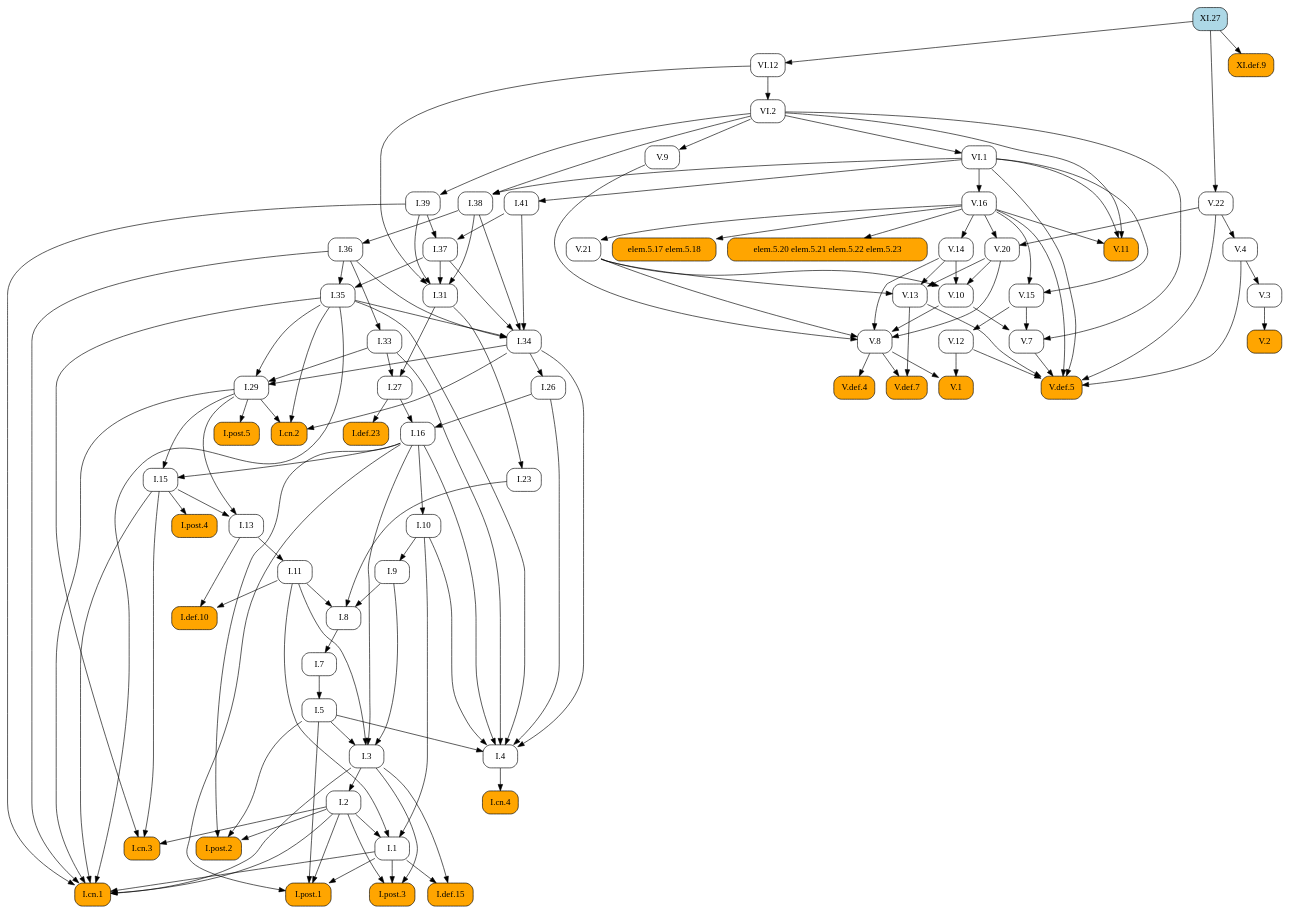
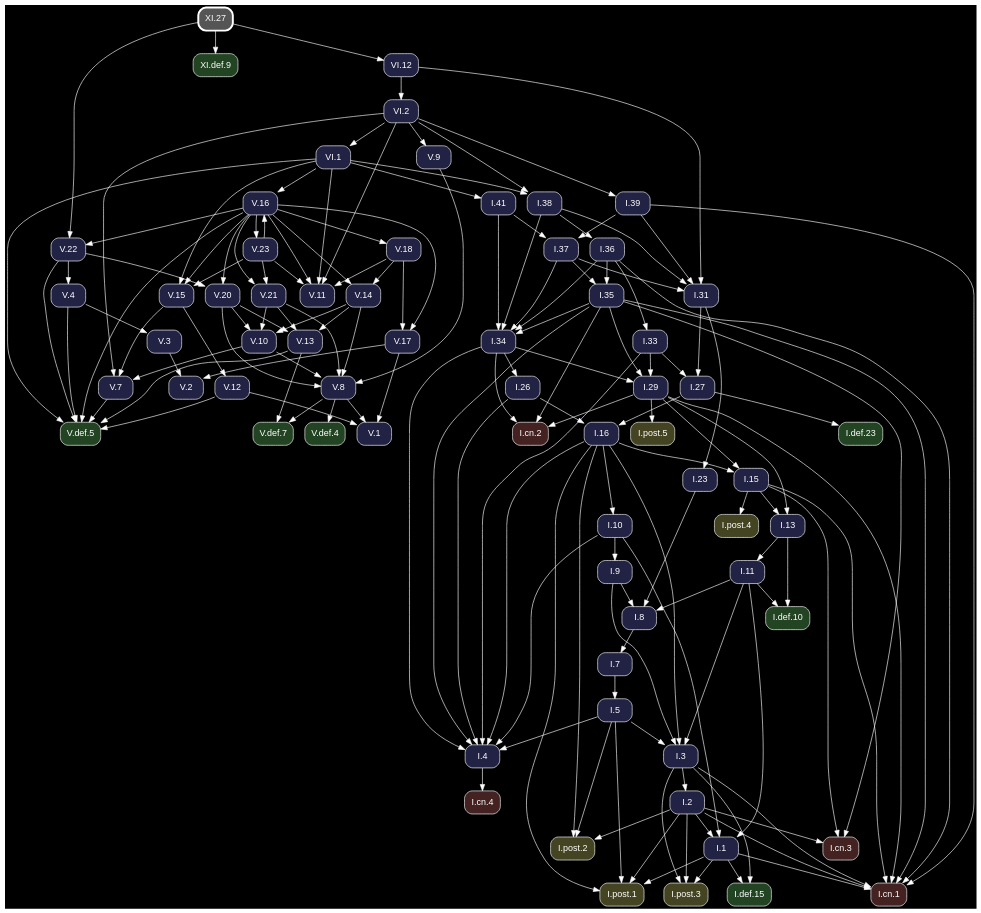
One commit to geometor/elements changed the diagram in docsrc/heath/XI/27/index.rst. Above: the diagram before and after it, drawn with Graphviz. The commit also changed other lines of this file and 1200 other files, not shown here.

Commit message:
update dependency graphs

```diff
--- a/docsrc/heath/XI/27/index.rst
+++ b/docsrc/heath/XI/27/index.rst
@@ -40,171 +40,79 @@
 .. graphviz::
 
    digraph {
+     bgcolor="black";
+     node [shape=box, style="rounded,filled", fontname="Helvetica", color="white", fontcolor="white"];
+     edge [color="white", fontcolor="white"];
      rankdir="TB";
-     node [shape=box, style=rounded];
-     "I.23" [URL="/heath/I/23/", target="_top"];
-     "I.9" [URL="/heath/I/9/", target="_top"];
-     "XI.def.9" [style="rounded,filled", fillcolor=orange, URL="/heath/XI/def.9/", target="_top"];
-     "I.def.15" [style="rounded,filled", fillcolor=orange, URL="/heath/I/def.15/", target="_top"];
-     "V.13" [URL="/heath/V/13/", target="_top"];
-     "V.7" [URL="/heath/V/7/", target="_top"];
-     "elem.5.17 elem.5.18" [style="rounded,filled", fillcolor=orange];
-     "I.post.1" [style="rounded,filled", fillcolor=orange, URL="/heath/I/post.1/", target="_top"];
-     "V.14" [URL="/heath/V/14/", target="_top"];
-     "V.9" [URL="/heath/V/9/", target="_top"];
-     "I.31" [URL="/heath/I/31/", target="_top"];
-     "V.10" [URL="/heath/V/10/", target="_top"];
-     "I.def.10" [style="rounded,filled", fillcolor=orange, URL="/heath/I/def.10/", target="_top"];
-     "XI.27" [style="rounded,filled", fillcolor=lightblue, URL="/heath/XI/27/", target="_top"];
-     "V.4" [URL="/heath/V/4/", target="_top"];
-     "VI.1" [URL="/heath/VI/1/", target="_top"];
-     "I.39" [URL="/heath/I/39/", target="_top"];
-     "V.11" [style="rounded,filled", fillcolor=orange, URL="/heath/V/11/", target="_top"];
-     "I.34" [URL="/heath/I/34/", target="_top"];
-     "I.3" [URL="/heath/I/3/", target="_top"];
-     "V.def.4" [style="rounded,filled", fillcolor=orange, URL="/heath/V/def.4/", target="_top"];
-     "V.def.7" [style="rounded,filled", fillcolor=orange, URL="/heath/V/def.7/", target="_top"];
-     "V.21" [URL="/heath/V/21/", target="_top"];
-     "I.2" [URL="/heath/I/2/", target="_top"];
-     "V.3" [URL="/heath/V/3/", target="_top"];
-     "I.13" [URL="/heath/I/13/", target="_top"];
-     "I.post.4" [style="rounded,filled", fillcolor=orange, URL="/heath/I/post.4/", target="_top"];
-     "I.4" [URL="/heath/I/4/", target="_top"];
-     "I.1" [URL="/heath/I/1/", target="_top"];
-     "I.8" [URL="/heath/I/8/", target="_top"];
-     "I.29" [URL="/heath/I/29/", target="_top"];
-     "I.38" [URL="/heath/I/38/", target="_top"];
-     "V.8" [URL="/heath/V/8/", target="_top"];
-     "I.15" [URL="/heath/I/15/", target="_top"];
-     "I.10" [URL="/heath/I/10/", target="_top"];
-     "I.11" [URL="/heath/I/11/", target="_top"];
-     "I.def.23" [style="rounded,filled", fillcolor=orange, URL="/heath/I/def.23/", target="_top"];
-     "I.26" [URL="/heath/I/26/", target="_top"];
-     "V.16" [URL="/heath/V/16/", target="_top"];
-     "I.33" [URL="/heath/I/33/", target="_top"];
-     "I.post.3" [style="rounded,filled", fillcolor=orange, URL="/heath/I/post.3/", target="_top"];
-     "V.def.5" [style="rounded,filled", fillcolor=orange, URL="/heath/V/def.5/", target="_top"];
-     "V.20" [URL="/heath/V/20/", target="_top"];
-     "I.27" [URL="/heath/I/27/", target="_top"];
-     "V.12" [URL="/heath/V/12/", target="_top"];
-     "V.2" [style="rounded,filled", fillcolor=orange, URL="/heath/V/2/", target="_top"];
-     "I.cn.1" [style="rounded,filled", fillcolor=orange, URL="/heath/I/cn.1/", target="_top"];
-     "I.35" [URL="/heath/I/35/", target="_top"];
-     "I.7" [URL="/heath/I/7/", target="_top"];
-     "I.36" [URL="/heath/I/36/", target="_top"];
-     "I.5" [URL="/heath/I/5/", target="_top"];
-     "I.37" [URL="/heath/I/37/", target="_top"];
-     "I.cn.3" [style="rounded,filled", fillcolor=orange, URL="/heath/I/cn.3/", target="_top"];
-     "I.16" [URL="/heath/I/16/", target="_top"];
-     "V.22" [URL="/heath/V/22/", target="_top"];
-     "V.1" [style="rounded,filled", fillcolor=orange, URL="/heath/V/1/", target="_top"];
-     "VI.12" [URL="/heath/VI/12/", target="_top"];
-     "I.cn.2" [style="rounded,filled", fillcolor=orange, URL="/heath/I/cn.2/", target="_top"];
-     "I.post.5" [style="rounded,filled", fillcolor=orange, URL="/heath/I/post.5/", target="_top"];
-     "VI.2" [URL="/heath/VI/2/", target="_top"];
-     "I.cn.4" [style="rounded,filled", fillcolor=orange, URL="/heath/I/cn.4/", target="_top"];
-     "I.41" [URL="/heath/I/41/", target="_top"];
-     "V.15" [URL="/heath/V/15/", target="_top"];
-     "I.post.2" [style="rounded,filled", fillcolor=orange, URL="/heath/I/post.2/", target="_top"];
-     "elem.5.20 elem.5.21 elem.5.22 elem.5.23" [style="rounded,filled", fillcolor=orange];
-     "I.31" -> "I.23";
-     "I.10" -> "I.9";
-     "XI.27" -> "XI.def.9";
-     "I.1" -> "I.def.15";
-     "I.3" -> "I.def.15";
-     "V.14" -> "V.13";
-     "V.20" -> "V.13";
-     "V.21" -> "V.13";
-     "V.10" -> "V.7";
-     "V.15" -> "V.7";
-     "VI.2" -> "V.7";
-     "V.16" -> "elem.5.17 elem.5.18";
-     "I.1" -> "I.post.1";
-     "I.2" -> "I.post.1";
-     "I.5" -> "I.post.1";
-     "I.16" -> "I.post.1";
-     "V.16" -> "V.14";
-     "VI.2" -> "V.9";
-     "I.37" -> "I.31";
-     "I.38" -> "I.31";
-     "I.39" -> "I.31";
-     "VI.12" -> "I.31";
-     "V.14" -> "V.10";
-     "V.20" -> "V.10";
-     "V.21" -> "V.10";
-     "I.11" -> "I.def.10";
-     "I.13" -> "I.def.10";
-     "V.22" -> "V.4";
-     "VI.2" -> "VI.1";
-     "VI.2" -> "I.39";
-     "V.16" -> "V.11";
-     "VI.1" -> "V.11";
-     "VI.2" -> "V.11";
-     "I.35" -> "I.34";
-     "I.36" -> "I.34";
-     "I.37" -> "I.34";
-     "I.38" -> "I.34";
-     "I.41" -> "I.34";
-     "I.5" -> "I.3";
-     "I.9" -> "I.3";
-     "I.11" -> "I.3";
-     "I.16" -> "I.3";
-     "V.8" -> "V.def.4";
-     "V.8" -> "V.def.7";
-     "V.13" -> "V.def.7";
-     "V.16" -> "V.21";
-     "I.3" -> "I.2";
-     "V.4" -> "V.3";
-     "I.15" -> "I.13";
-     "I.29" -> "I.13";
-     "I.15" -> "I.post.4";
-     "I.5" -> "I.4";
-     "I.10" -> "I.4";
-     "I.16" -> "I.4";
-     "I.26" -> "I.4";
-     "I.33" -> "I.4";
-     "I.34" -> "I.4";
-     "I.35" -> "I.4";
-     "I.2" -> "I.1";
-     "I.10" -> "I.1";
-     "I.11" -> "I.1";
-     "I.9" -> "I.8";
-     "I.11" -> "I.8";
-     "I.23" -> "I.8";
-     "I.33" -> "I.29";
-     "I.34" -> "I.29";
-     "I.35" -> "I.29";
-     "VI.1" -> "I.38";
-     "VI.2" -> "I.38";
-     "V.9" -> "V.8";
-     "V.10" -> "V.8";
-     "V.14" -> "V.8";
-     "V.20" -> "V.8";
-     "V.21" -> "V.8";
-     "I.16" -> "I.15";
-     "I.29" -> "I.15";
-     "I.16" -> "I.10";
-     "I.13" -> "I.11";
-     "I.27" -> "I.def.23";
-     "I.34" -> "I.26";
-     "VI.1" -> "V.16";
-     "I.36" -> "I.33";
-     "I.1" -> "I.post.3";
-     "I.2" -> "I.post.3";
-     "I.3" -> "I.post.3";
-     "V.4" -> "V.def.5";
-     "V.7" -> "V.def.5";
-     "V.12" -> "V.def.5";
-     "V.13" -> "V.def.5";
-     "V.16" -> "V.def.5";
-     "V.22" -> "V.def.5";
-     "VI.1" -> "V.def.5";
-     "V.16" -> "V.20";
-     "V.22" -> "V.20";
-     "I.31" -> "I.27";
-     "I.33" -> "I.27";
-     "V.15" -> "V.12";
-     "V.3" -> "V.2";
+     "V.15" [fillcolor="#222244", URL="/heath/V/15/", target="_top"];
+     "I.cn.1" [fillcolor="#442222", URL="/heath/I/cn.1/", target="_top"];
+     "V.18" [fillcolor="#222244", URL="/heath/V/18/", target="_top"];
+     "V.14" [fillcolor="#222244", URL="/heath/V/14/", target="_top"];
+     "I.27" [fillcolor="#222244", URL="/heath/I/27/", target="_top"];
+     "V.23" [fillcolor="#222244", URL="/heath/V/23/", target="_top"];
+     "I.2" [fillcolor="#222244", URL="/heath/I/2/", target="_top"];
+     "I.41" [fillcolor="#222244", URL="/heath/I/41/", target="_top"];
+     "I.post.4" [fillcolor="#444422", URL="/heath/I/post.4/", target="_top"];
+     "I.26" [fillcolor="#222244", URL="/heath/I/26/", target="_top"];
+     "I.8" [fillcolor="#222244", URL="/heath/I/8/", target="_top"];
+     "V.4" [fillcolor="#222244", URL="/heath/V/4/", target="_top"];
+     "V.16" [fillcolor="#222244", URL="/heath/V/16/", target="_top"];
+     "VI.2" [fillcolor="#222244", URL="/heath/VI/2/", target="_top"];
+     "I.7" [fillcolor="#222244", URL="/heath/I/7/", target="_top"];
+     "I.5" [fillcolor="#222244", URL="/heath/I/5/", target="_top"];
+     "V.11" [fillcolor="#222244", URL="/heath/V/11/", target="_top"];
+     "V.def.4" [fillcolor="#224422", URL="/heath/V/def.4/", target="_top"];
+     "V.20" [fillcolor="#222244", URL="/heath/V/20/", target="_top"];
+     "XI.27" [penwidth=3, color="white", fillcolor="#555555", URL="/heath/XI/27/", target="_top"];
+     "I.11" [fillcolor="#222244", URL="/heath/I/11/", target="_top"];
+     "I.37" [fillcolor="#222244", URL="/heath/I/37/", target="_top"];
+     "I.cn.3" [fillcolor="#442222", URL="/heath/I/cn.3/", target="_top"];
+     "I.36" [fillcolor="#222244", URL="/heath/I/36/", target="_top"];
+     "I.38" [fillcolor="#222244", URL="/heath/I/38/", target="_top"];
+     "I.post.2" [fillcolor="#444422", URL="/heath/I/post.2/", target="_top"];
+     "I.def.23" [fillcolor="#224422", URL="/heath/I/def.23/", target="_top"];
+     "I.35" [fillcolor="#222244", URL="/heath/I/35/", target="_top"];
+     "I.post.3" [fillcolor="#444422", URL="/heath/I/post.3/", target="_top"];
+     "V.13" [fillcolor="#222244", URL="/heath/V/13/", target="_top"];
+     "V.8" [fillcolor="#222244", URL="/heath/V/8/", target="_top"];
+     "I.33" [fillcolor="#222244", URL="/heath/I/33/", target="_top"];
+     "V.10" [fillcolor="#222244", URL="/heath/V/10/", target="_top"];
+     "V.def.5" [fillcolor="#224422", URL="/heath/V/def.5/", target="_top"];
+     "V.22" [fillcolor="#222244", URL="/heath/V/22/", target="_top"];
+     "I.31" [fillcolor="#222244", URL="/heath/I/31/", target="_top"];
+     "I.3" [fillcolor="#222244", URL="/heath/I/3/", target="_top"];
+     "V.12" [fillcolor="#222244", URL="/heath/V/12/", target="_top"];
+     "I.def.10" [fillcolor="#224422", URL="/heath/I/def.10/", target="_top"];
+     "I.15" [fillcolor="#222244", URL="/heath/I/15/", target="_top"];
+     "I.39" [fillcolor="#222244", URL="/heath/I/39/", target="_top"];
+     "I.13" [fillcolor="#222244", URL="/heath/I/13/", target="_top"];
+     "I.cn.2" [fillcolor="#442222", URL="/heath/I/cn.2/", target="_top"];
+     "I.9" [fillcolor="#222244", URL="/heath/I/9/", target="_top"];
+     "I.1" [fillcolor="#222244", URL="/heath/I/1/", target="_top"];
+     "I.post.5" [fillcolor="#444422", URL="/heath/I/post.5/", target="_top"];
+     "XI.def.9" [fillcolor="#224422", URL="/heath/XI/def.9/", target="_top"];
+     "I.23" [fillcolor="#222244", URL="/heath/I/23/", target="_top"];
+     "I.4" [fillcolor="#222244", URL="/heath/I/4/", target="_top"];
+     "V.7" [fillcolor="#222244", URL="/heath/V/7/", target="_top"];
+     "VI.12" [fillcolor="#222244", URL="/heath/VI/12/", target="_top"];
+     "V.9" [fillcolor="#222244", URL="/heath/V/9/", target="_top"];
+     "VI.1" [fillcolor="#222244", URL="/heath/VI/1/", target="_top"];
+     "I.10" [fillcolor="#222244", URL="/heath/I/10/", target="_top"];
+     "V.def.7" [fillcolor="#224422", URL="/heath/V/def.7/", target="_top"];
+     "I.post.1" [fillcolor="#444422", URL="/heath/I/post.1/", target="_top"];
+     "I.16" [fillcolor="#222244", URL="/heath/I/16/", target="_top"];
+     "I.29" [fillcolor="#222244", URL="/heath/I/29/", target="_top"];
+     "I.cn.4" [fillcolor="#442222", URL="/heath/I/cn.4/", target="_top"];
+     "V.2" [fillcolor="#222244", URL="/heath/V/2/", target="_top"];
+     "V.1" [fillcolor="#222244", URL="/heath/V/1/", target="_top"];
+     "V.21" [fillcolor="#222244", URL="/heath/V/21/", target="_top"];
+     "I.34" [fillcolor="#222244", URL="/heath/I/34/", target="_top"];
+     "I.def.15" [fillcolor="#224422", URL="/heath/I/def.15/", target="_top"];
+     "V.3" [fillcolor="#222244", URL="/heath/V/3/", target="_top"];
+     "V.17" [fillcolor="#222244", URL="/heath/V/17/", target="_top"];
+     "V.16" -> "V.15";
+     "V.23" -> "V.15";
+     "VI.1" -> "V.15";
      "I.1" -> "I.cn.1";
      "I.2" -> "I.cn.1";
      "I.3" -> "I.cn.1";
@@ -213,33 +121,139 @@
      "I.35" -> "I.cn.1";
      "I.36" -> "I.cn.1";
      "I.39" -> "I.cn.1";
-     "I.36" -> "I.35";
-     "I.37" -> "I.35";
+     "V.16" -> "V.18";
+     "V.16" -> "V.14";
+     "V.18" -> "V.14";
+     "I.31" -> "I.27";
+     "I.33" -> "I.27";
+     "V.16" -> "V.23";
+     "I.3" -> "I.2";
+     "VI.1" -> "I.41";
+     "I.15" -> "I.post.4";
+     "I.34" -> "I.26";
+     "I.9" -> "I.8";
+     "I.11" -> "I.8";
+     "I.23" -> "I.8";
+     "V.22" -> "V.4";
+     "V.23" -> "V.16";
+     "VI.1" -> "V.16";
+     "VI.12" -> "VI.2";
      "I.8" -> "I.7";
-     "I.38" -> "I.36";
      "I.7" -> "I.5";
+     "V.16" -> "V.11";
+     "V.18" -> "V.11";
+     "V.23" -> "V.11";
+     "VI.1" -> "V.11";
+     "VI.2" -> "V.11";
+     "V.8" -> "V.def.4";
+     "V.16" -> "V.20";
+     "V.22" -> "V.20";
+     "I.13" -> "I.11";
      "I.39" -> "I.37";
      "I.41" -> "I.37";
      "I.2" -> "I.cn.3";
      "I.15" -> "I.cn.3";
      "I.35" -> "I.cn.3";
-     "I.26" -> "I.16";
-     "I.27" -> "I.16";
+     "I.38" -> "I.36";
+     "VI.1" -> "I.38";
+     "VI.2" -> "I.38";
+     "I.2" -> "I.post.2";
+     "I.5" -> "I.post.2";
+     "I.16" -> "I.post.2";
+     "I.27" -> "I.def.23";
+     "I.36" -> "I.35";
+     "I.37" -> "I.35";
+     "I.1" -> "I.post.3";
+     "I.2" -> "I.post.3";
+     "I.3" -> "I.post.3";
+     "V.14" -> "V.13";
+     "V.20" -> "V.13";
+     "V.21" -> "V.13";
+     "V.9" -> "V.8";
+     "V.10" -> "V.8";
+     "V.14" -> "V.8";
+     "V.20" -> "V.8";
+     "V.21" -> "V.8";
+     "I.36" -> "I.33";
+     "V.14" -> "V.10";
+     "V.20" -> "V.10";
+     "V.21" -> "V.10";
+     "V.4" -> "V.def.5";
+     "V.7" -> "V.def.5";
+     "V.12" -> "V.def.5";
+     "V.13" -> "V.def.5";
+     "V.16" -> "V.def.5";
+     "V.22" -> "V.def.5";
+     "VI.1" -> "V.def.5";
+     "V.16" -> "V.22";
      "XI.27" -> "V.22";
-     "V.8" -> "V.1";
-     "V.12" -> "V.1";
-     "XI.27" -> "VI.12";
+     "I.37" -> "I.31";
+     "I.38" -> "I.31";
+     "I.39" -> "I.31";
+     "VI.12" -> "I.31";
+     "I.5" -> "I.3";
+     "I.9" -> "I.3";
+     "I.11" -> "I.3";
+     "I.16" -> "I.3";
+     "V.15" -> "V.12";
+     "I.11" -> "I.def.10";
+     "I.13" -> "I.def.10";
+     "I.16" -> "I.15";
+     "I.29" -> "I.15";
+     "VI.2" -> "I.39";
+     "I.15" -> "I.13";
+     "I.29" -> "I.13";
      "I.29" -> "I.cn.2";
      "I.34" -> "I.cn.2";
      "I.35" -> "I.cn.2";
+     "I.10" -> "I.9";
+     "I.2" -> "I.1";
+     "I.10" -> "I.1";
+     "I.11" -> "I.1";
      "I.29" -> "I.post.5";
-     "VI.12" -> "VI.2";
+     "XI.27" -> "XI.def.9";
+     "I.31" -> "I.23";
+     "I.5" -> "I.4";
+     "I.10" -> "I.4";
+     "I.16" -> "I.4";
+     "I.26" -> "I.4";
+     "I.33" -> "I.4";
+     "I.34" -> "I.4";
+     "I.35" -> "I.4";
+     "V.10" -> "V.7";
+     "V.15" -> "V.7";
+     "VI.2" -> "V.7";
+     "XI.27" -> "VI.12";
+     "VI.2" -> "V.9";
+     "VI.2" -> "VI.1";
+     "I.16" -> "I.10";
+     "V.8" -> "V.def.7";
+     "V.13" -> "V.def.7";
+     "I.1" -> "I.post.1";
+     "I.2" -> "I.post.1";
+     "I.5" -> "I.post.1";
+     "I.16" -> "I.post.1";
+     "I.26" -> "I.16";
+     "I.27" -> "I.16";
+     "I.33" -> "I.29";
+     "I.34" -> "I.29";
+     "I.35" -> "I.29";
      "I.4" -> "I.cn.4";
-     "VI.1" -> "I.41";
-     "V.16" -> "V.15";
-     "VI.1" -> "V.15";
-     "I.2" -> "I.post.2";
-     "I.5" -> "I.post.2";
-     "I.16" -> "I.post.2";
-     "V.16" -> "elem.5.20 elem.5.21 elem.5.22 elem.5.23";
+     "V.3" -> "V.2";
+     "V.17" -> "V.2";
+     "V.8" -> "V.1";
+     "V.12" -> "V.1";
+     "V.17" -> "V.1";
+     "V.16" -> "V.21";
+     "V.23" -> "V.21";
+     "I.35" -> "I.34";
+     "I.36" -> "I.34";
+     "I.37" -> "I.34";
+     "I.38" -> "I.34";
+     "I.41" -> "I.34";
+     "I.1" -> "I.def.15";
+     "I.3" -> "I.def.15";
+     "V.4" -> "V.3";
+     "V.16" -> "V.17";
+     "V.18" -> "V.17";
    }
```
